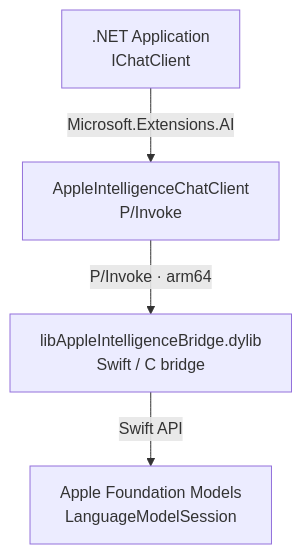
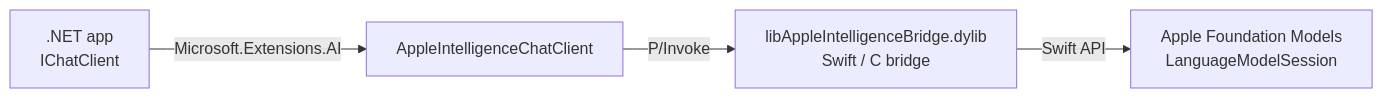
One commit to fvandepitte/Community.Microsoft.Extensions.AI.CoreML changed the diagram in README.md. Above: the diagram before and after it, drawn with Mermaid. The commit also changed other lines of this file and 5 other files, not shown here.

````diff
--- a/README.md
+++ b/README.md
@@ -76,11 +27,6 @@
 ```mermaid
-flowchart TD
-    App[".NET Application\nIChatClient"]
-    Client["AppleIntelligenceChatClient\nP/Invoke"]
-    Dylib["libAppleIntelligenceBridge.dylib\nSwift / C bridge"]
-    FM["Apple Foundation Models\nLanguageModelSession"]
-
-    App -->|"Microsoft.Extensions.AI"| Client
-    Client -->|"P/Invoke  ·  arm64"| Dylib
-    Dylib -->|"Swift API"| FM
+flowchart LR
+    App[".NET app<br/>IChatClient"] -->|Microsoft.Extensions.AI| Client["AppleIntelligenceChatClient"]
+    Client -->|P/Invoke| Dylib["libAppleIntelligenceBridge.dylib<br/>Swift / C bridge"]
+    Dylib -->|Swift API| FM["Apple Foundation Models<br/>LanguageModelSession"]
 ```
````
